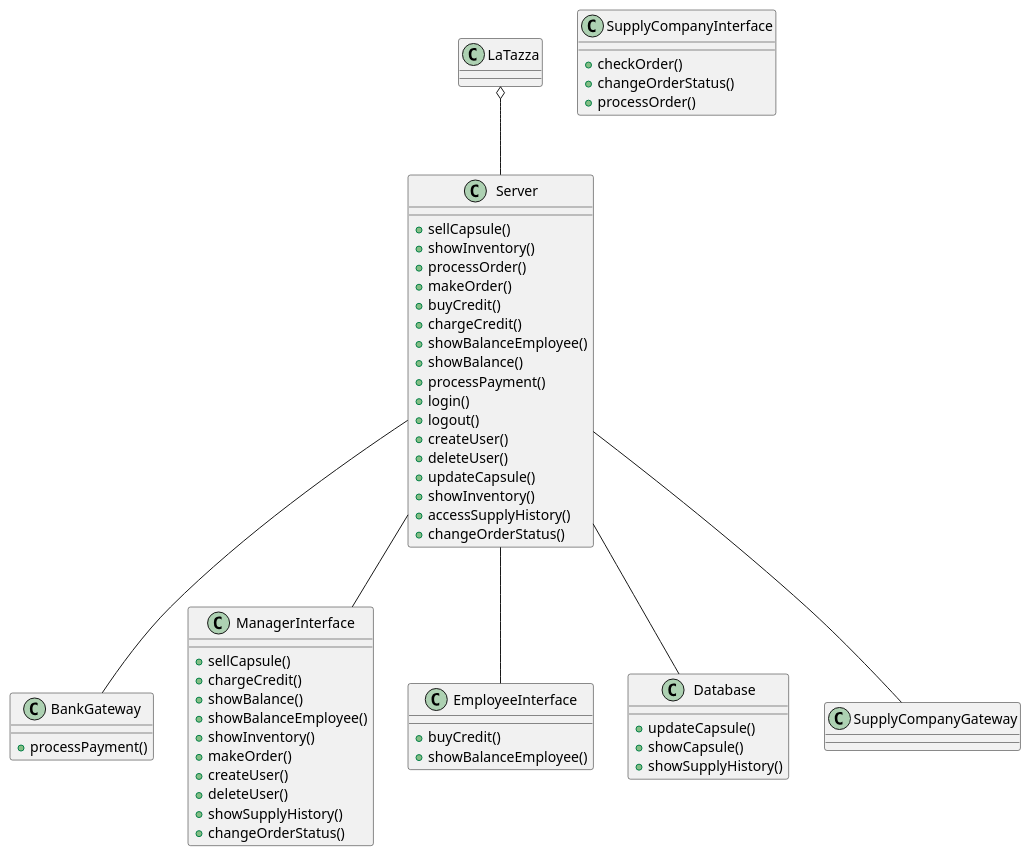
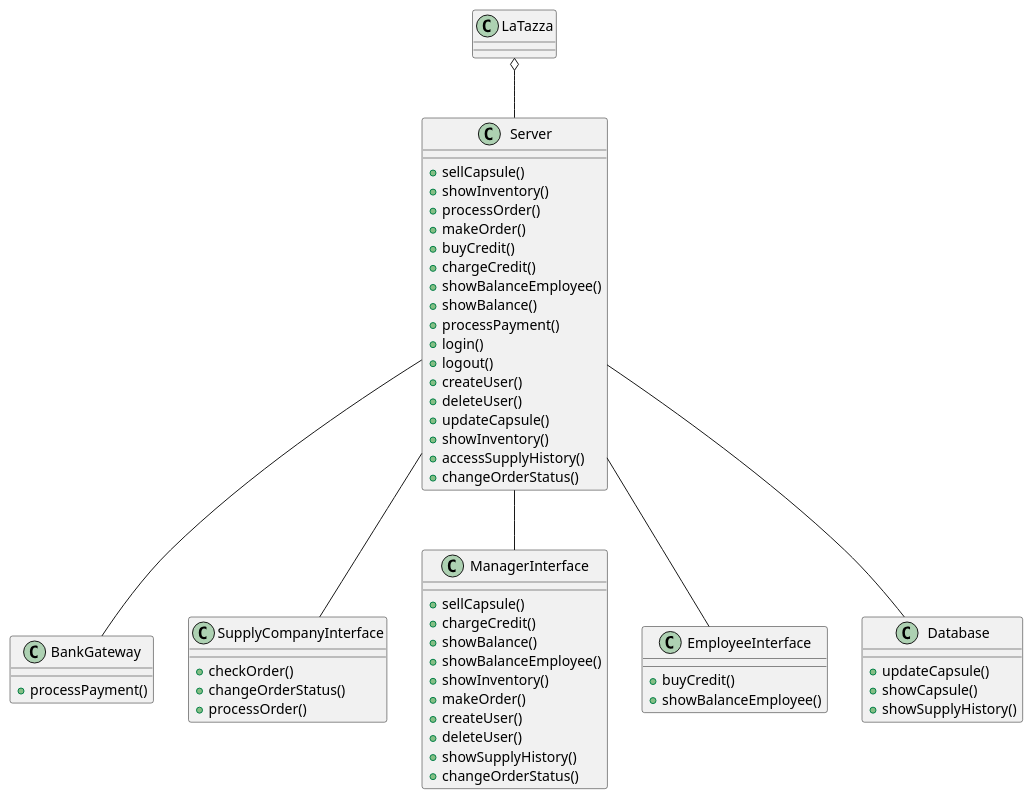
The fourth of 4 diagrams in Project/Requirements/RequirementDocument.md (roypaulin/laTazza), drawn with PlantUML before and after one commit.

Commit message:
fix System Design

````diff
--- a/Project/Requirements/RequirementDocument.md
+++ b/Project/Requirements/RequirementDocument.md
@@ -402,72 +402,72 @@
 ```plantuml
 class LaTazza{
 
 }
 
 class Server{
   /' management Capsule '/
   +sellCapsule()
   +showInventory()
   /' SupplyCompany related functions '/
   +processOrder()
   +makeOrder()
   /' management Credit '/
   +buyCredit()
   +chargeCredit()
   +showBalanceEmployee()
   /' LaTazza balance'/
   +showBalance()
   /' BankingSystem related functions '/
   +processPayment()
   +login()
   +logout()
   +createUser()
   +deleteUser()
   +updateCapsule()
   +showInventory()
   +accessSupplyHistory()
   +changeOrderStatus()
 }
 
 class BankGateway{
   +processPayment()
 }
 
 class SupplyCompanyInterface{
   +checkOrder()
   +changeOrderStatus()
   +processOrder()
 }
 
 class ManagerInterface{
   +sellCapsule()
   +chargeCredit()
   +showBalance()
   +showBalanceEmployee()
   +showInventory()
   +makeOrder()
   +createUser()
   +deleteUser()
   +showSupplyHistory()
   +changeOrderStatus()
 }
 
 class EmployeeInterface{
   +buyCredit()
   +showBalanceEmployee()
 }
 
 class Database{
   +updateCapsule()
   +showCapsule()
   +showSupplyHistory()
 }
 
 
 LaTazza o--  Server
 Server -- BankGateway
 Server -- ManagerInterface
 Server -- EmployeeInterface
-Server -- SupplyCompanyGateway
+Server -- SupplyCompanyInterface
 Server -- Database
 ```
````
